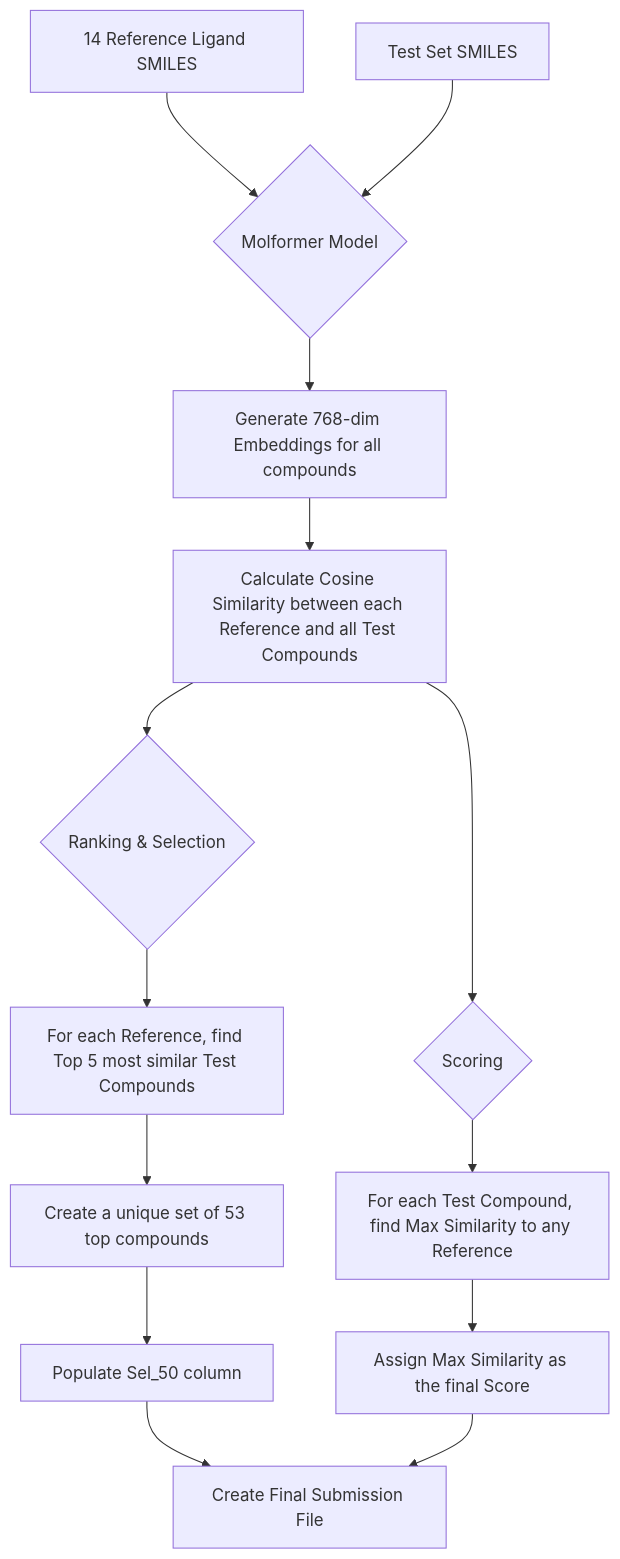
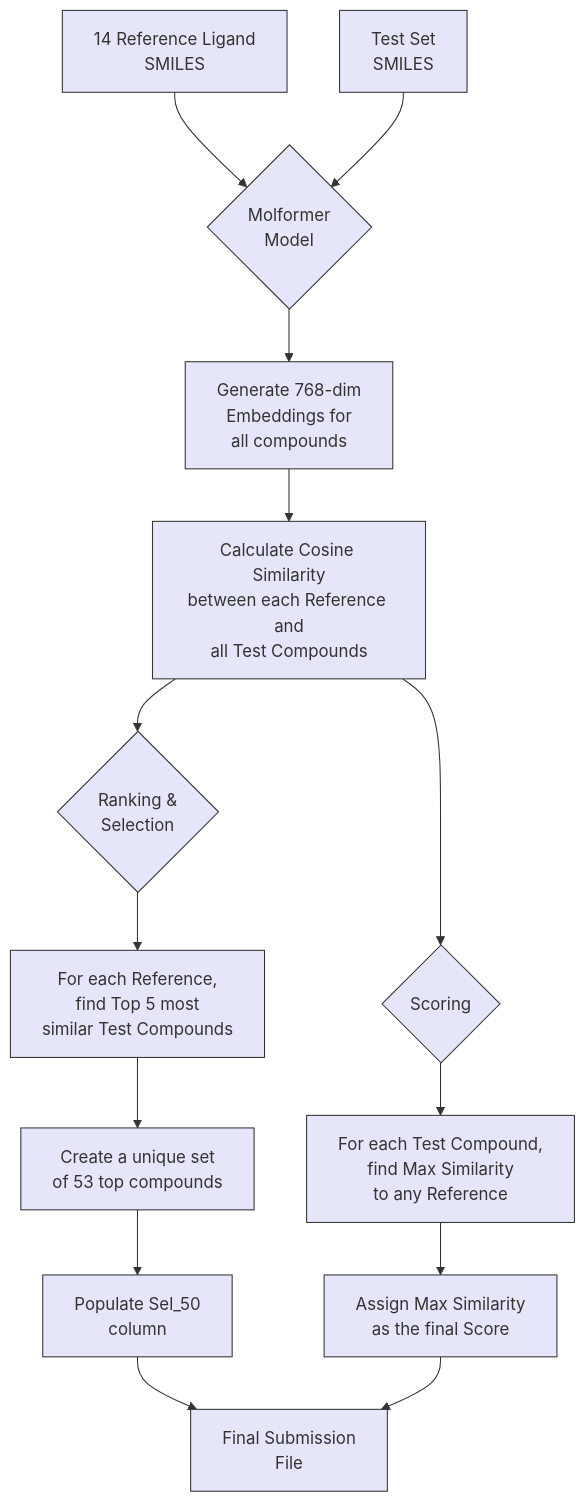
Before and after one commit to KutumLab/KutumLab-T035: the diagram in STEP-2/README.md, drawn with Mermaid. The commit also changed other lines of this file and 3 other files, not shown here.

````diff
--- a/STEP-2/README.md
+++ b/STEP-2/README.md
@@ -34,15 +55,29 @@
 ```mermaid
-graph TD
-    A[14 Reference Ligand SMILES] --> B{Molformer Model};
-    C[Test Set SMILES] --> B;
-    B --> E[Generate 768-dim Embeddings for all compounds];
-    E --> F[Calculate Cosine Similarity between each Reference and all Test Compounds];
-    F --> G{Ranking & Selection};
-    G --> H[For each Reference, find Top 5 most similar Test Compounds];
-    H --> I[Create a unique set of 53 top compounds];
-    I --> J[Populate Sel_50 column];
-    F --> K{Scoring};
-    K --> L[For each Test Compound, find Max Similarity to any Reference];
-    L --> M[Assign Max Similarity as the final Score];
-    J & M --> N[Create Final Submission File];
+flowchart TD
+    %% Define Styles
+    classDef purpleBox fill:#e6e6fa,stroke:#333,stroke-width:1px,color:#333;
+
+    %% Graph Structure
+    A[14 Reference Ligand<br/>SMILES] --> B{Molformer<br/>Model}
+    C[Test Set<br/>SMILES] --> B
+    
+    B --> E[Generate 768-dim<br/>Embeddings for<br/>all compounds]
+    E --> F[Calculate Cosine Similarity<br/>between each Reference and<br/>all Test Compounds]
+    
+    %% Branch 1: Ranking
+    F --> G{Ranking &<br/>Selection}
+    G --> H[For each Reference,<br/>find Top 5 most<br/>similar Test Compounds]
+    H --> I[Create a unique set<br/>of 53 top compounds]
+    I --> J[Populate Sel_50<br/>column]
+    
+    %% Branch 2: Scoring
+    F --> K{Scoring}
+    K --> L[For each Test Compound,<br/>find Max Similarity<br/>to any Reference]
+    L --> M[Assign Max Similarity<br/>as the final Score]
+    
+    %% Merge
+    J & M --> N[Final Submission<br/>File]
+
+    %% Apply Style
+    class A,B,C,E,F,G,H,I,J,K,L,M,N purpleBox;
 ```
````
